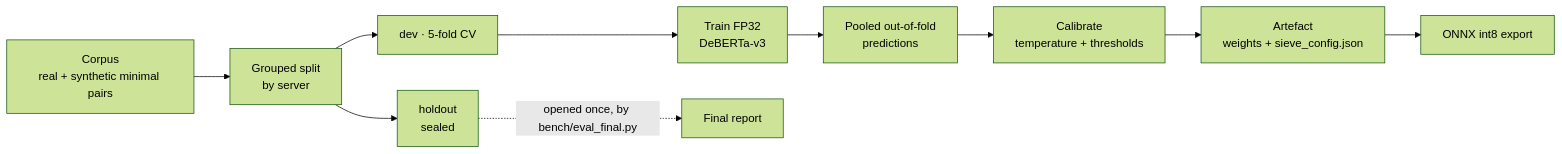
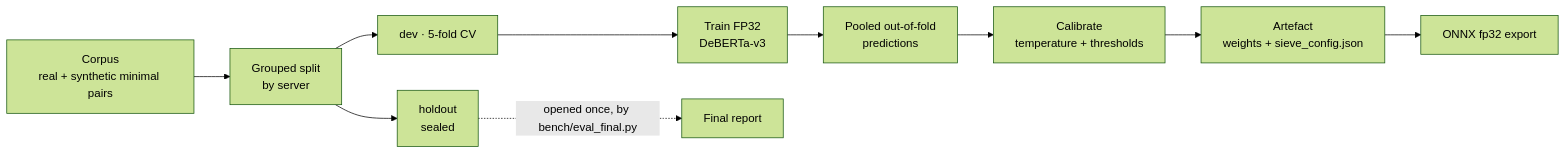
Before and after one commit to AdityaAg8/sieve: the third of 3 diagrams in docs/ARCHITECTURE.md, drawn with Mermaid (forest theme). The commit also changed other lines of this file and 38 other files, not shown here.

````diff
--- a/docs/ARCHITECTURE.md
+++ b/docs/ARCHITECTURE.md
@@ -169,12 +165,12 @@
 ```mermaid
 flowchart LR
     C["Corpus<br/>real + synthetic minimal pairs"] --> S["Grouped split<br/>by server"]
     S --> DEV["dev · 5-fold CV"]
     S --> HO["holdout<br/>sealed"]
     DEV --> TR["Train FP32<br/>DeBERTa-v3"]
     TR --> OOF["Pooled out-of-fold<br/>predictions"]
     OOF --> CAL["Calibrate<br/>temperature + thresholds"]
     CAL --> ART["Artefact<br/>weights + sieve_config.json"]
-    ART --> EXP["ONNX int8 export"]
+    ART --> EXP["ONNX fp32 export"]
     HO -. "opened once, by bench/eval_final.py" .-> FIN["Final report"]
 ```
````
